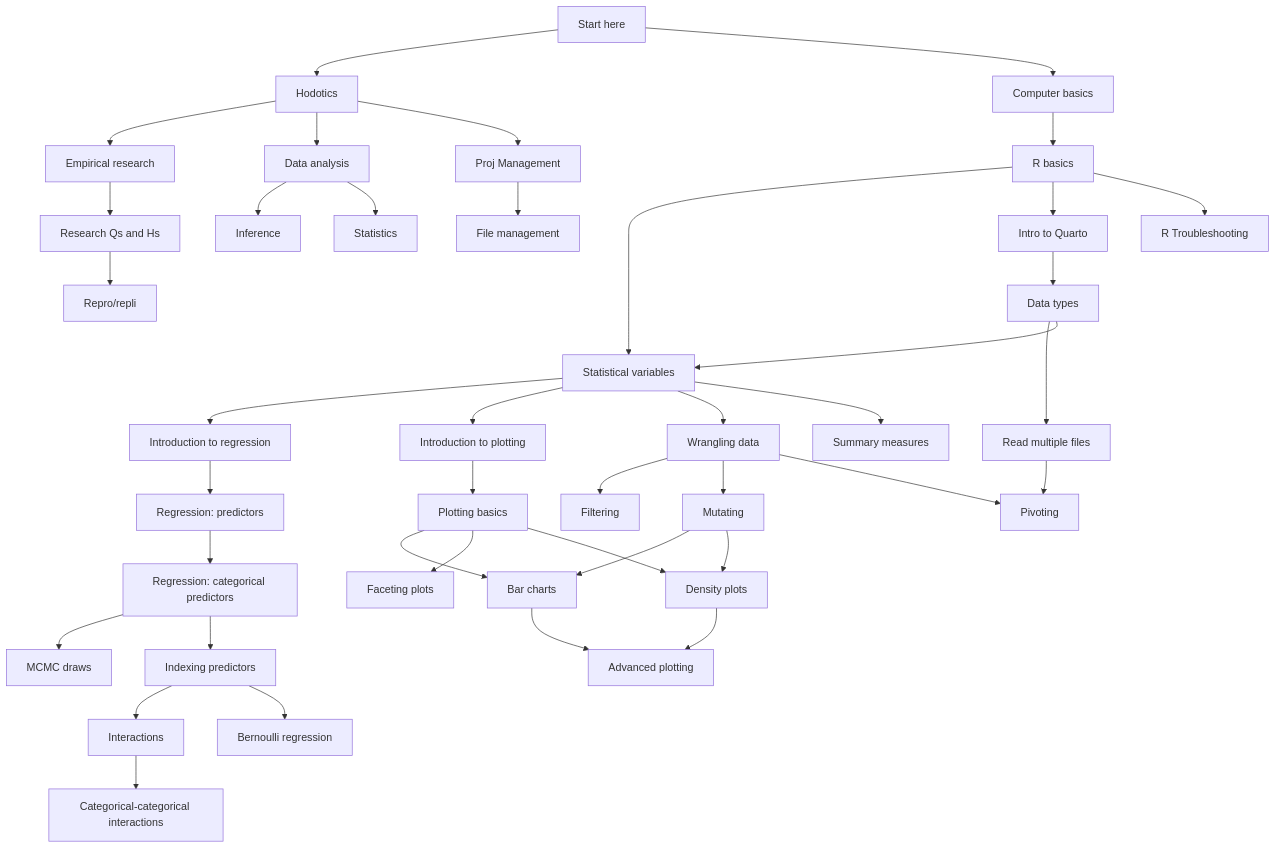
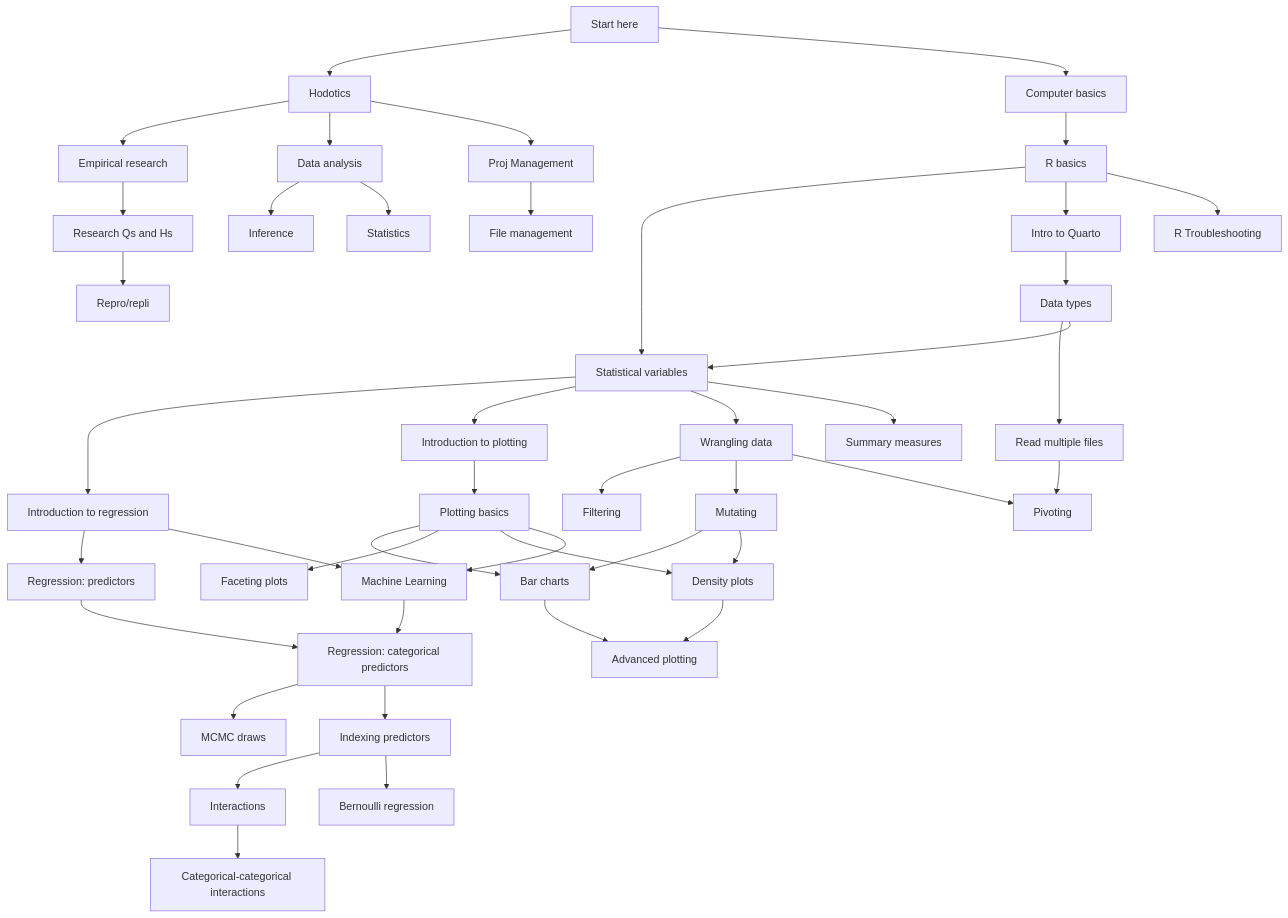
The diagram in map.qmd (uoelel/qml), drawn with Mermaid before and after one commit. The commit also changed 8 other files, not shown here.

Commit message:
add machine learning

```diff
--- a/map.qmd
+++ b/map.qmd
@@ -72,6 +72,9 @@
   AK[File management]
   click AK href "posts/file-manage.html" "Go to page"
   
+  AL[Machine Learning]
+  click AL href "posts/machine-learning.html" "Go to page"
+  
   R[Regression: predictors]
   click R href "posts/intro-regression-predictors.html" "Go to page"
   S[Regression: categorical predictors]
@@ -106,7 +109,7 @@
   E --> J & K & L & AC
   
   K --> M
-  M --> N & Z & AA
+  M --> N & Z & AA & AL
   N --> AB
   AA --> AB
 
@@ -114,7 +117,7 @@
   P --> N & AA
   
   %% Regression
-  J --> R --> S --> T & U
+  J --> R & AL --> S --> T & U
   U --> V & X
   V --> W
   
```
